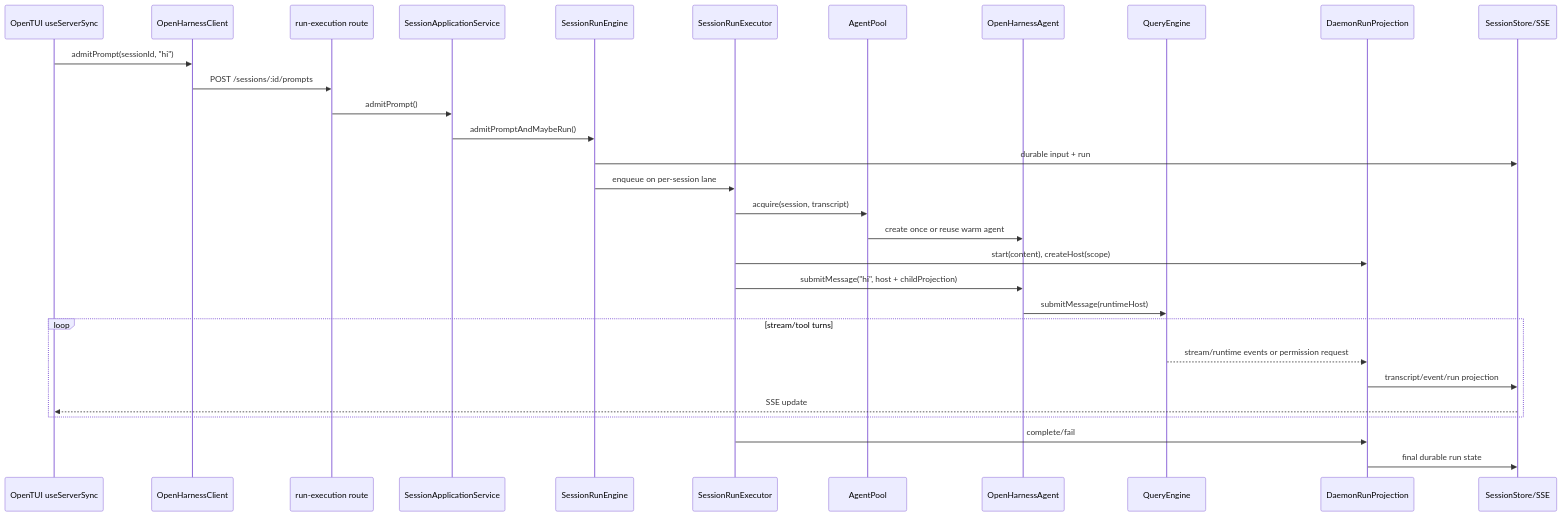
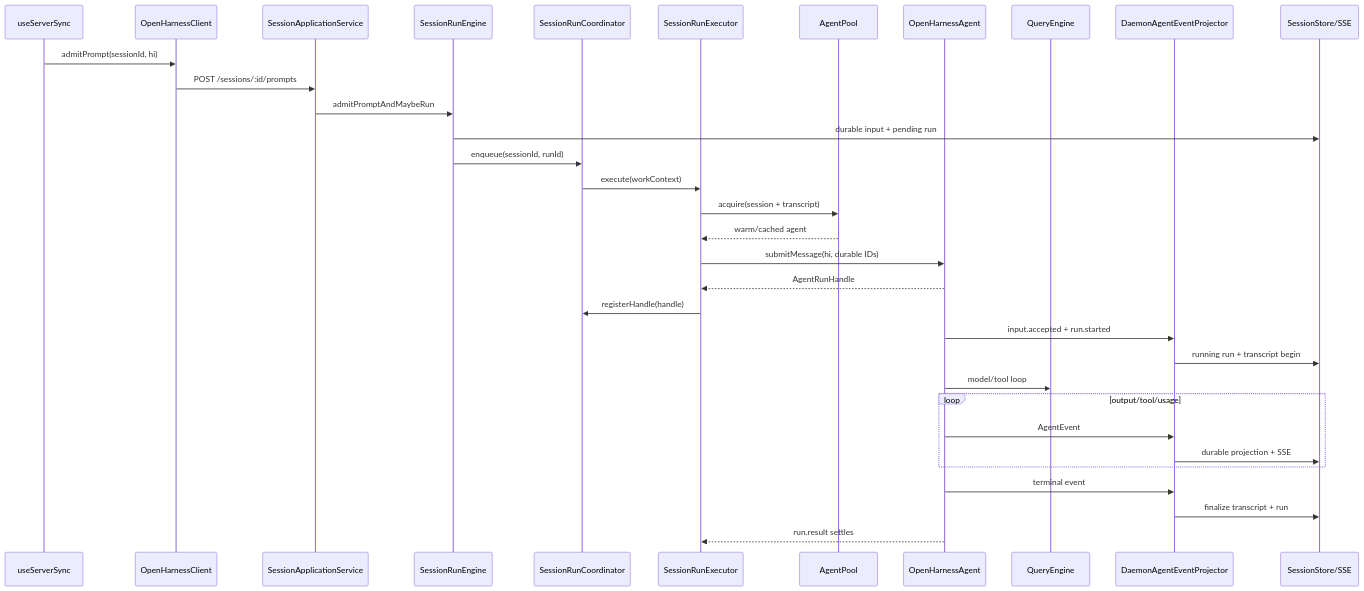
Before and after one commit to rzx007/openharness-ts: the second of 4 diagrams in docs/daemon-application-architecture.md, drawn with Mermaid. The commit also changed other lines of this file and 9 other files, not shown here.

Commit message:
docs: publish agent events effects runtime architecture

````diff
--- a/docs/daemon-application-architecture.md
+++ b/docs/daemon-application-architecture.md
@@ -92,33 +83,36 @@
 ```mermaid
 sequenceDiagram
-  participant UI as OpenTUI useServerSync
+  participant UI as useServerSync
   participant C as OpenHarnessClient
-  participant R as run-execution route
   participant A as SessionApplicationService
   participant E as SessionRunEngine
+  participant L as SessionRunCoordinator
   participant X as SessionRunExecutor
   participant P as AgentPool
   participant G as OpenHarnessAgent
   participant Q as QueryEngine
-  participant D as DaemonRunProjection
+  participant D as DaemonAgentEventProjector
   participant S as SessionStore/SSE
 
-  UI->>C: admitPrompt(sessionId, "hi")
-  C->>R: POST /sessions/:id/prompts
-  R->>A: admitPrompt()
-  A->>E: admitPromptAndMaybeRun()
-  E->>S: durable input + run
-  E->>X: enqueue on per-session lane
-  X->>P: acquire(session, transcript)
-  P->>G: create once or reuse warm agent
-  X->>D: start(content), createHost(scope)
-  X->>G: submitMessage("hi", host + childProjection)
-  G->>Q: submitMessage(runtimeHost)
-  loop stream/tool turns
-    Q-->>D: stream/runtime events or permission request
-    D->>S: transcript/event/run projection
-    S-->>UI: SSE update
+  UI->>C: admitPrompt(sessionId, hi)
+  C->>A: POST /sessions/:id/prompts
+  A->>E: admitPromptAndMaybeRun
+  E->>S: durable input + pending run
+  E->>L: enqueue(sessionId, runId)
+  L->>X: execute(workContext)
+  X->>P: acquire(session + transcript)
+  P-->>X: warm/cached agent
+  X->>G: submitMessage(hi, durable IDs)
+  G-->>X: AgentRunHandle
+  X->>L: registerHandle(handle)
+  G->>D: input.accepted + run.started
+  D->>S: running run + transcript begin
+  G->>Q: model/tool loop
+  loop output/tool/usage
+    G->>D: AgentEvent
+    D->>S: durable projection + SSE
   end
-  X->>D: complete/fail
-  D->>S: final durable run state
+  G->>D: terminal event
+  D->>S: finalize transcript + run
+  G-->>X: run.result settles
 ```
````
